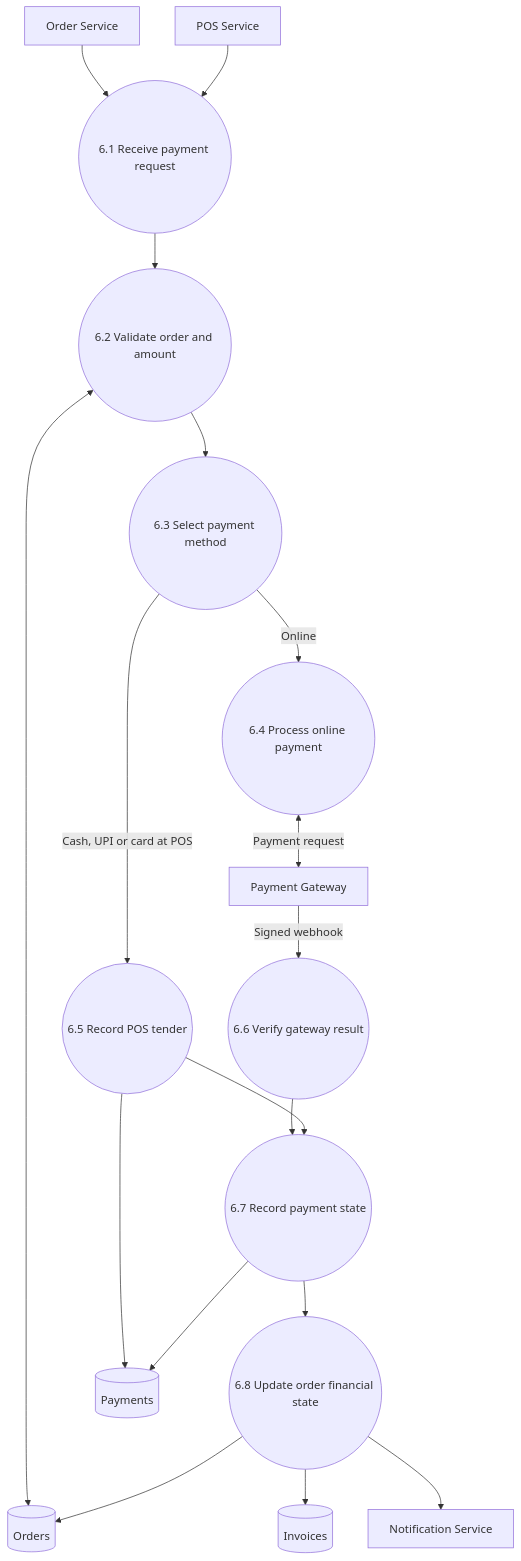
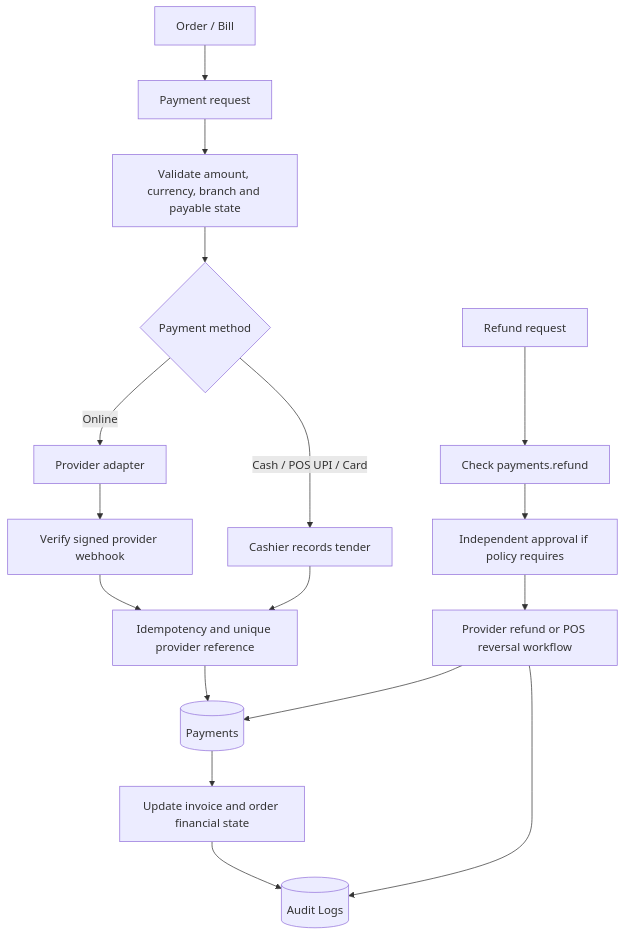
Before and after one commit to tammela-balakrishna/Mr.Biryani: the seventh of 8 diagrams in backend/docs/data-flow-diagrams.md, drawn with Mermaid. The commit also changed other lines of this file, not shown here.

````diff
--- a/backend/docs/data-flow-diagrams.md
+++ b/backend/docs/data-flow-diagrams.md
@@ -331,41 +250,19 @@
 ```mermaid
 flowchart TD
-    O[Order Service]
-    POS[POS Service]
-
-    P1((6.1 Receive payment request))
-    P2((6.2 Validate order and amount))
-    P3((6.3 Select payment method))
-    P4((6.4 Process online payment))
-    P5((6.5 Record POS tender))
-    P6((6.6 Verify gateway result))
-    P7((6.7 Record payment state))
-    P8((6.8 Update order financial state))
-
-    D1[(Orders)]
-    D2[(Payments)]
-    D3[(Invoices)]
-
-    PG[Payment Gateway]
-    N[Notification Service]
-
-    O --> P1
-    POS --> P1
-    P1 --> P2
-    P2 <--> D1
-    P2 --> P3
-
-    P3 -->|Online| P4
-    P3 -->|Cash, UPI or card at POS| P5
-
-    P4 <-->|Payment request| PG
-    PG -->|Signed webhook| P6
-    P5 --> D2
-    P6 --> P7
-    P5 --> P7
-    P7 --> D2
-    P7 --> P8
-    P8 --> D1
-    P8 --> D3
-    P8 --> N
+    ORDER[Order / Bill] --> REQ[Payment request]
+    REQ --> VALID[Validate amount, currency, branch and payable state]
+    VALID --> METHOD{Payment method}
+    METHOD -->|Online| GATEWAY[Provider adapter]
+    GATEWAY --> WEBHOOK[Verify signed provider webhook]
+    METHOD -->|Cash / POS UPI / Card| TENDER[Cashier records tender]
+    WEBHOOK --> IDEM[Idempotency and unique provider reference]
+    TENDER --> IDEM
+    IDEM --> PAY[(Payments)]
+    PAY --> STATE[Update invoice and order financial state]
+    STATE --> AUDIT[(Audit Logs)]
+    REFUND[Refund request] --> INIT[Check payments.refund]
+    INIT --> APPROVE[Independent approval if policy requires]
+    APPROVE --> PROVIDER[Provider refund or POS reversal workflow]
+    PROVIDER --> PAY
+    PROVIDER --> AUDIT
 ```
````
